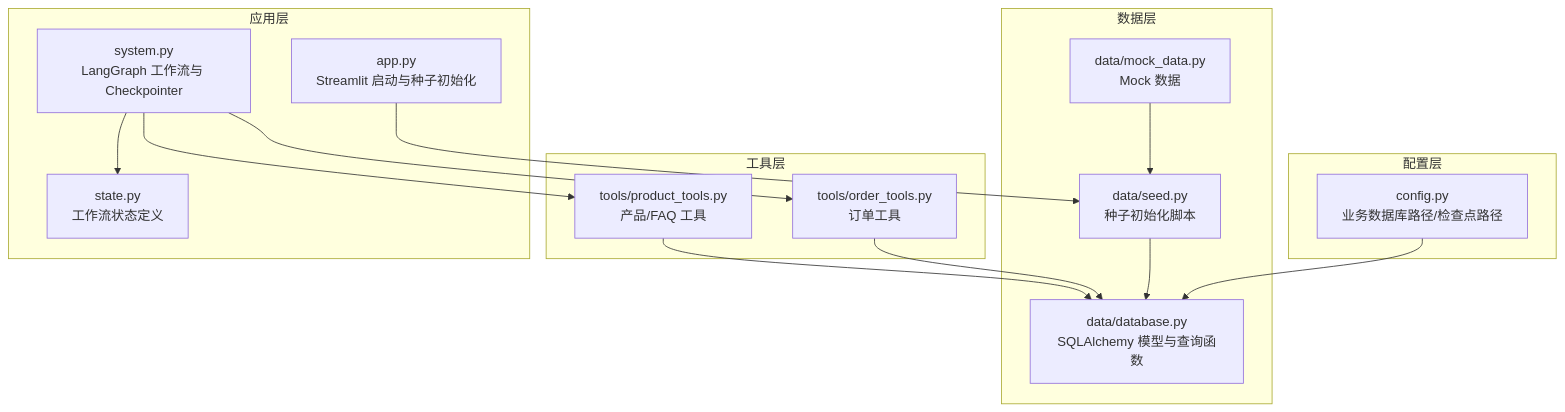
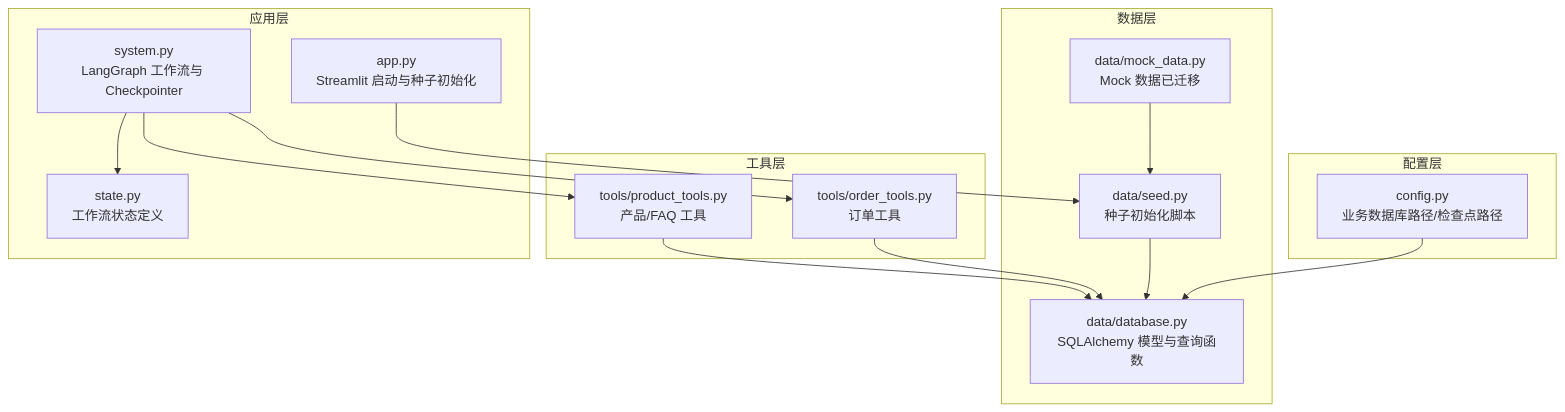
The first of 8 diagrams in .qoder/repowiki/zh/content/数据层设计.md (Yijtu/multi-agent-customer-service), drawn with Mermaid before and after one commit. The commit also changed other lines of this file and 28 other files, not shown here.

````diff
--- a/.qoder/repowiki/zh/content/数据层设计.md
+++ b/.qoder/repowiki/zh/content/数据层设计.md
@@ -44,29 +54,29 @@
 ```mermaid
 graph TB
 subgraph "配置层"
 CFG["config.py<br/>业务数据库路径/检查点路径"]
 end
 subgraph "数据层"
 DB["data/database.py<br/>SQLAlchemy 模型与查询函数"]
-MOCK["data/mock_data.py<br/>Mock 数据"]
+MOCK["data/mock_data.py<br/>Mock 数据已迁移"]
 SEED["data/seed.py<br/>种子初始化脚本"]
 end
 subgraph "工具层"
 OT["tools/order_tools.py<br/>订单工具"]
 PT["tools/product_tools.py<br/>产品/FAQ 工具"]
 end
 subgraph "应用层"
 APP["app.py<br/>Streamlit 启动与种子初始化"]
 SYS["system.py<br/>LangGraph 工作流与 Checkpointer"]
 STATE["state.py<br/>工作流状态定义"]
 end
 CFG --> DB
 MOCK --> SEED
 SEED --> DB
 OT --> DB
 PT --> DB
 APP --> SEED
 SYS --> STATE
 SYS --> OT
 SYS --> PT
 ```
````
